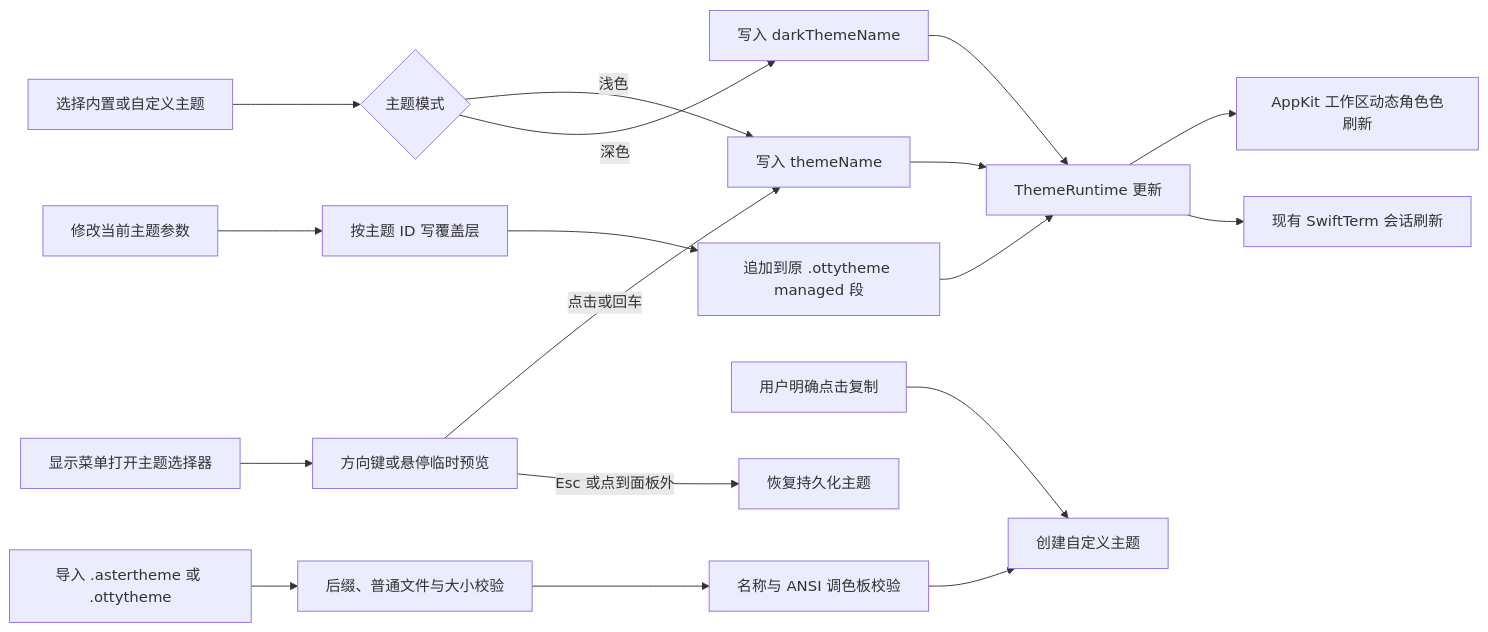
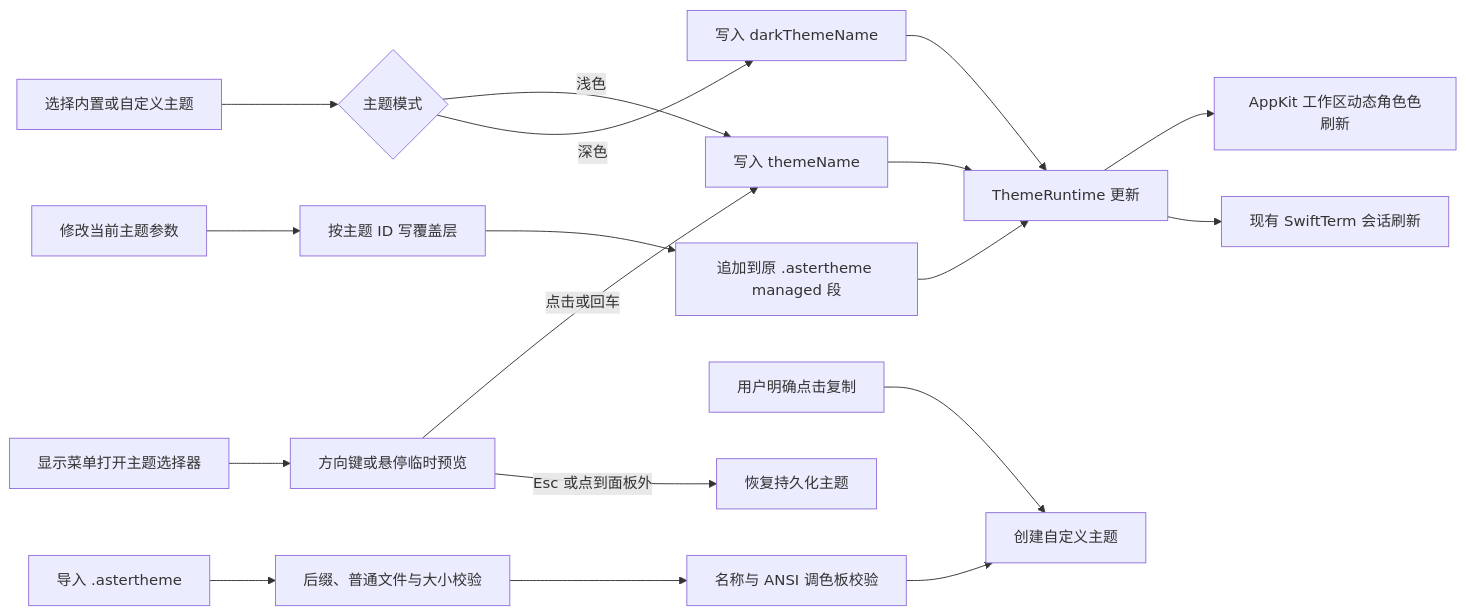
Before and after one commit to rambocode/aster: the diagram in docs/developer/theme-system.md, drawn with Mermaid. The commit also changed other lines of this file and 67 other files, not shown here.

````diff
--- a/docs/developer/theme-system.md
+++ b/docs/developer/theme-system.md
@@ -42,20 +42,20 @@
 ```mermaid
 flowchart LR
   A[选择内置或自定义主题] --> B{主题模式}
   B -->|浅色| C[写入 themeName]
   B -->|深色| D[写入 darkThemeName]
   C --> E[ThemeRuntime 更新]
   D --> E
   E --> F[AppKit 工作区动态角色色刷新]
   E --> G[现有 SwiftTerm 会话刷新]
   H[修改当前主题参数] --> I[按主题 ID 写覆盖层]
-  I --> J[追加到原 .ottytheme managed 段]
+  I --> J[追加到原 .astertheme managed 段]
   J --> E
   K[用户明确点击复制] --> L[创建自定义主题]
-  M[导入 .astertheme 或 .ottytheme] --> N[后缀、普通文件与大小校验]
+  M[导入 .astertheme] --> N[后缀、普通文件与大小校验]
   N --> O[名称与 ANSI 调色板校验]
   O --> L
   P[显示菜单打开主题选择器] --> Q[方向键或悬停临时预览]
   Q -->|点击或回车| C
   Q -->|Esc 或点到面板外| R[恢复持久化主题]
 ```
````
